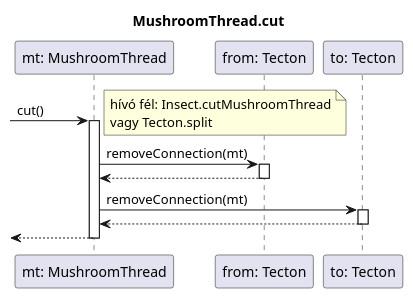
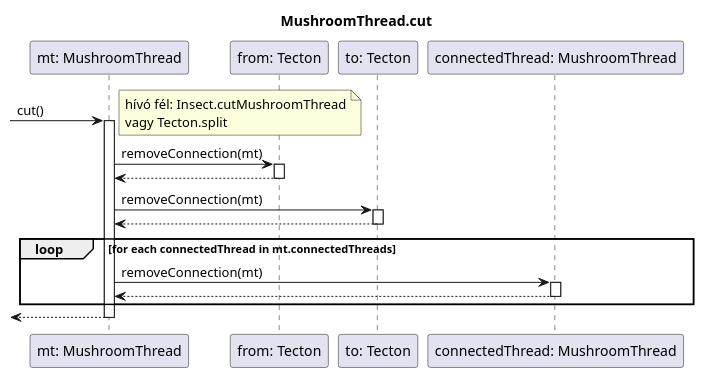
One commit to dzsem/projlab changed the diagram in diagrams/sequence/mushroom/cut.wsd. Above: the diagram before and after it, drawn with PlantUML. The commit also changed 10 other files, not shown here.

```diff
--- a/diagrams/sequence/mushroom/cut.wsd
+++ b/diagrams/sequence/mushroom/cut.wsd
@@ -1,25 +1,33 @@
 @startuml Cut
 title MushroomThread.cut
 
 participant "mt: MushroomThread" as mt
 participant "from: Tecton" as from
 participant "to: Tecton" as to
+participant "connectedThread: MushroomThread" as connected
 
 -> mt : cut()
 note right: hívó fél: Insect.cutMushroomThread\nvagy Tecton.split
 activate mt
 
 mt -> from : removeConnection(mt)
 activate from
 from --> mt
 deactivate from
 
 mt -> to : removeConnection(mt)
 activate to
 to --> mt
 deactivate to
 
+    loop for each connectedThread in mt.connectedThreads  
+        mt -> connected: removeConnection(mt)
+        activate connected
+        connected --> mt
+        deactivate connected
+    end
+
 <-- mt
 deactivate mt
 
 @enduml
```
